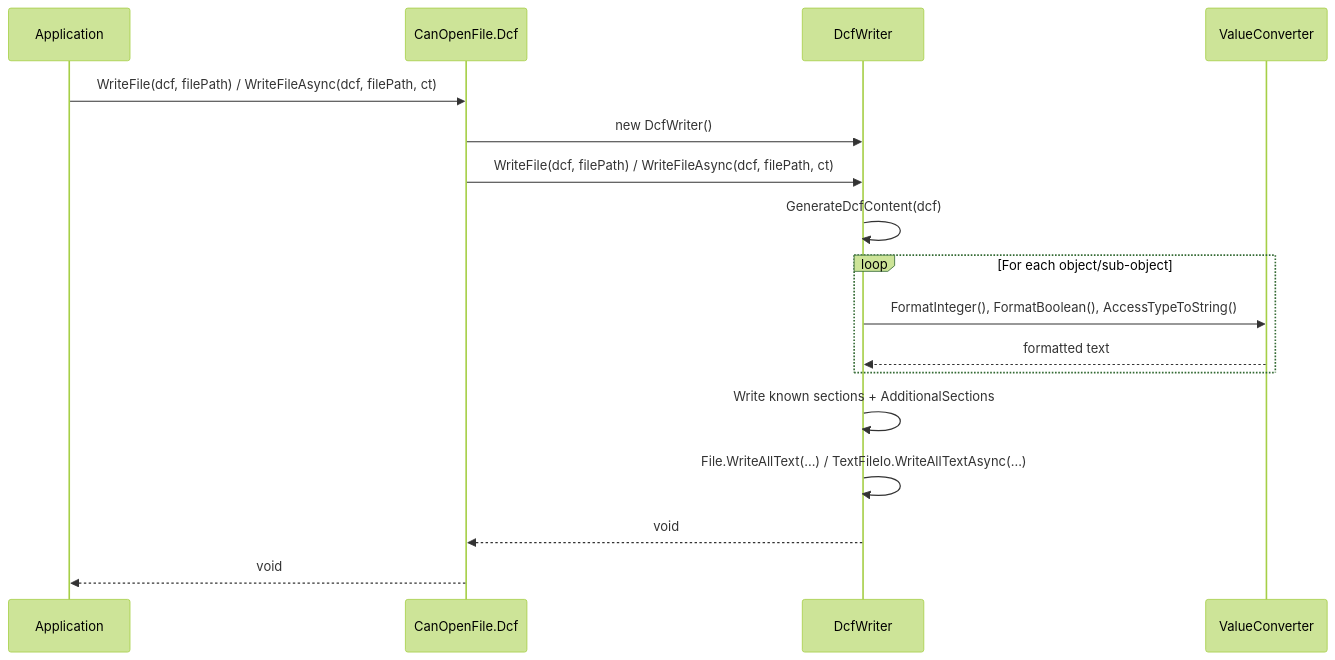
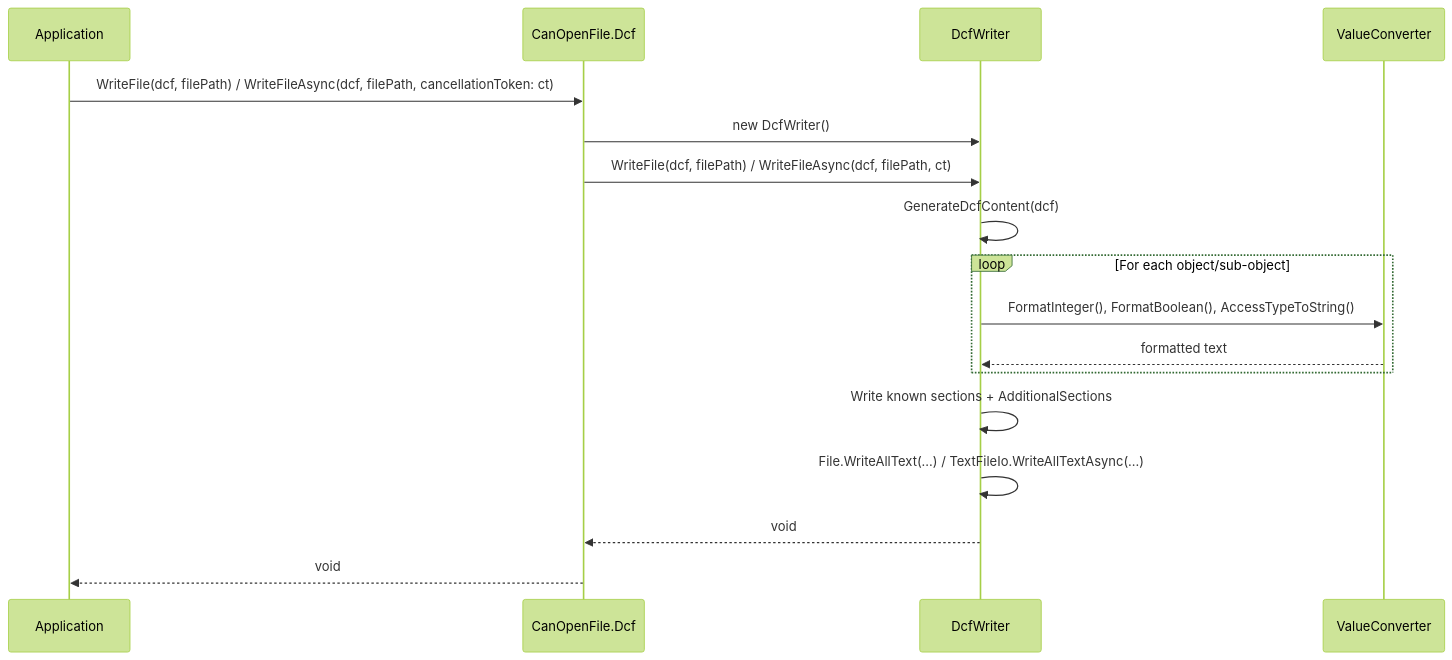
Before and after one commit to dborgards/eds-dcf-net: the fifth of 9 diagrams in docs/architecture/06-runtime-view.md, drawn with Mermaid (forest theme). The commit also changed other lines of this file and 1 other file, not shown here.

First line of the commit message:
docs: fix async call shapes and narrow thread-safety test claim (#547)

````diff
--- a/docs/architecture/06-runtime-view.md
+++ b/docs/architecture/06-runtime-view.md
@@ -116,22 +116,22 @@
 ```mermaid
 sequenceDiagram
     participant App as Application
     participant CF as CanOpenFile.Dcf
     participant DW as DcfWriter
     participant VC as ValueConverter
 
-    App->>CF: WriteFile(dcf, filePath) / WriteFileAsync(dcf, filePath, ct)
+    App->>CF: WriteFile(dcf, filePath) / WriteFileAsync(dcf, filePath, cancellationToken: ct)
     CF->>DW: new DcfWriter()
     CF->>DW: WriteFile(dcf, filePath) / WriteFileAsync(dcf, filePath, ct)
     DW->>DW: GenerateDcfContent(dcf)
 
     loop For each object/sub-object
         DW->>VC: FormatInteger(), FormatBoolean(), AccessTypeToString()
         VC-->>DW: formatted text
     end
 
     DW->>DW: Write known sections + AdditionalSections
     DW->>DW: File.WriteAllText(...) / TextFileIo.WriteAllTextAsync(...)
     DW-->>CF: void
     CF-->>App: void
 ```
````
